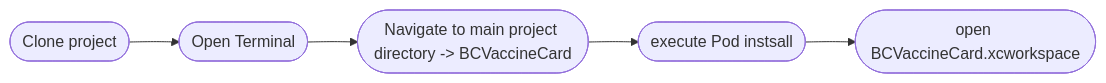
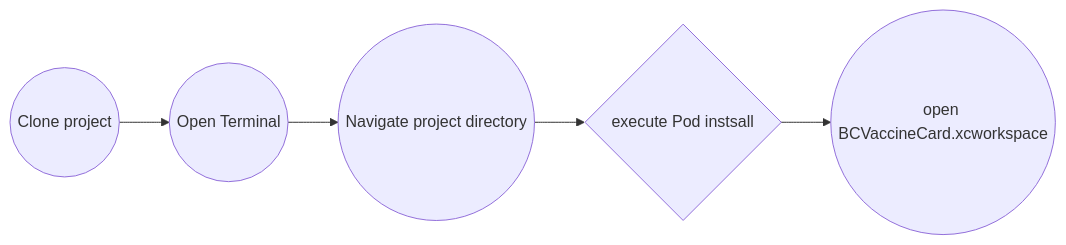
The first of 2 diagrams in README.md (bcgov/myhealthBC-iOS), drawn with Mermaid before and after one commit. The commit also changed other lines of this file, not shown here.

````diff
--- a/README.md
+++ b/README.md
@@ -5,7 +35,7 @@
 ```mermaid
 graph LR
-A([Clone project]) --> B([Open Terminal])
-B --> C([Navigate to main project directory -> BCVaccineCard])
-C --> D([execute Pod instsall])
-D --> E([open BCVaccineCard.xcworkspace])
+A((Clone project)) --> B((Open Terminal))
+B --> C((Navigate project directory))
+C --> D{execute Pod instsall}
+D --> E((open BCVaccineCard.xcworkspace))
 ```
````
